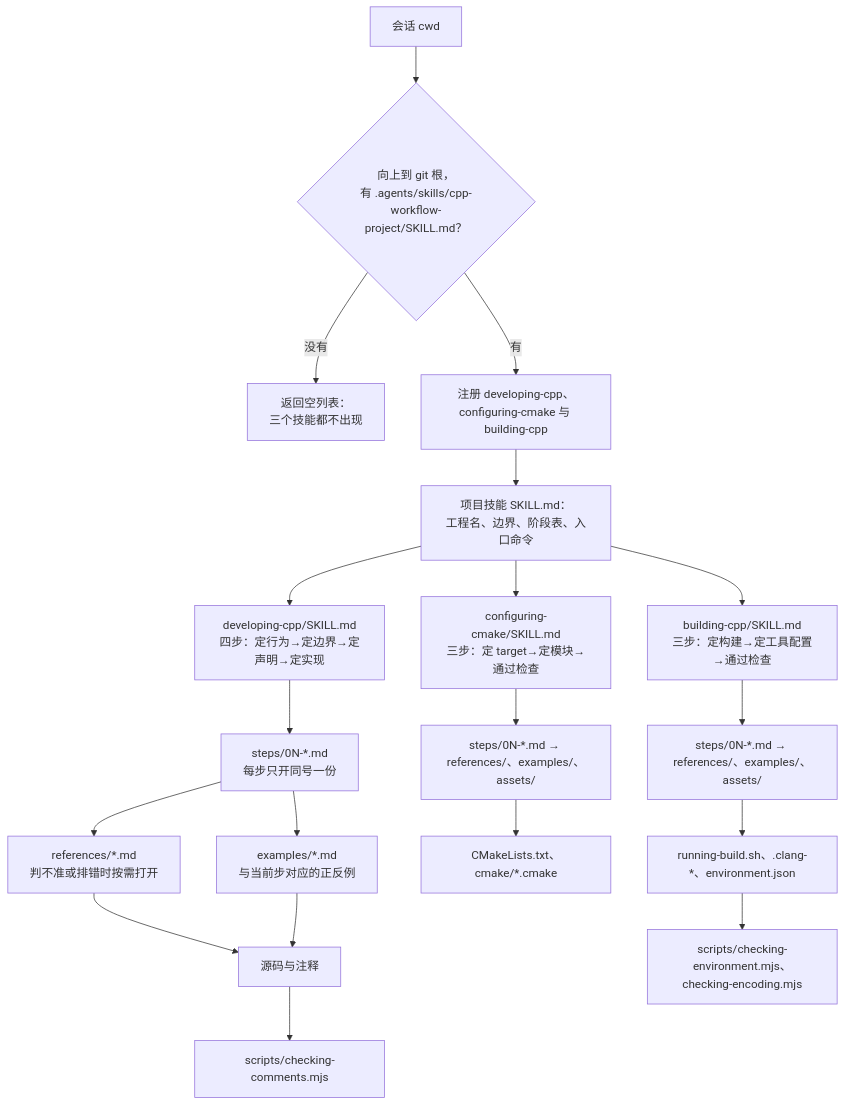
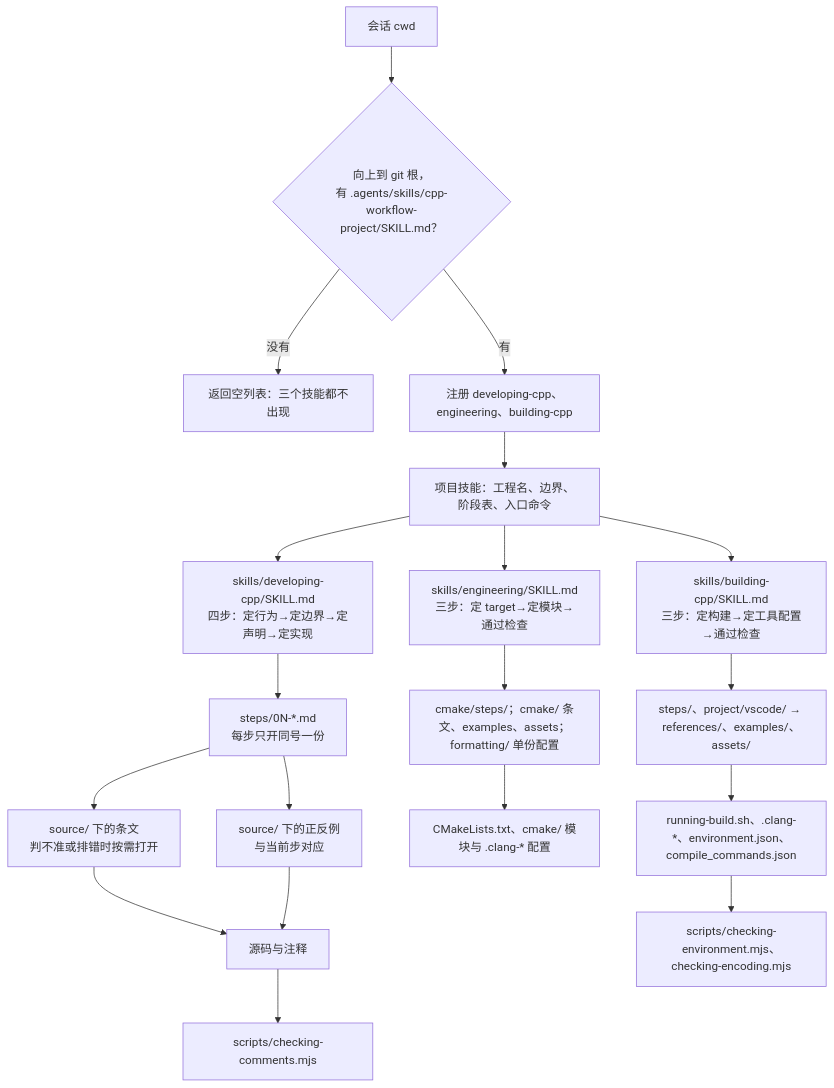
The diagram in docs/architecture.md (chengzhao-dev/dsh-cpp-workflow), drawn with Mermaid before and after one commit. The commit also changed other lines of this file and 194 other files, not shown here.

````diff
--- a/docs/architecture.md
+++ b/docs/architecture.md
@@ -7,21 +7,21 @@
 ```mermaid
 flowchart TD
     A["会话 cwd"] --> B{"向上到 git 根，<br/>有 .agents/skills/cpp-workflow-project/SKILL.md？"}
-    B -- 没有 --> C["返回空列表：<br/>三个技能都不出现"]
-    B -- 有 --> D["注册 developing-cpp、configuring-cmake 与 building-cpp"]
-    D --> E["项目技能 SKILL.md：<br/>工程名、边界、阶段表、入口命令"]
-    E --> F["developing-cpp/SKILL.md<br/>四步：定行为→定边界→定声明→定实现"]
+    B -- 没有 --> C["返回空列表：三个技能都不出现"]
+    B -- 有 --> D["注册 developing-cpp、engineering、building-cpp"]
+    D --> E["项目技能：工程名、边界、阶段表、入口命令"]
+    E --> F["skills/developing-cpp/SKILL.md<br/>四步：定行为→定边界→定声明→定实现"]
     F --> G["steps/0N-*.md<br/>每步只开同号一份"]
-    G --> H["references/*.md<br/>判不准或排错时按需打开"]
-    G --> I["examples/*.md<br/>与当前步对应的正反例"]
+    G --> H["source/ 下的条文<br/>判不准或排错时按需打开"]
+    G --> I["source/ 下的正反例<br/>与当前步对应"]
     H --> J["源码与注释"]
     I --> J
     J --> K["scripts/checking-comments.mjs"]
-    E --> P["configuring-cmake/SKILL.md<br/>三步：定 target→定模块→通过检查"]
-    P --> Q["steps/0N-*.md → references/、examples/、assets/"]
-    Q --> R["CMakeLists.txt、cmake/*.cmake"]
-    E --> L["building-cpp/SKILL.md<br/>三步：定构建→定工具配置→通过检查"]
-    L --> M["steps/0N-*.md → references/、examples/、assets/"]
-    M --> N["running-build.sh、.clang-*、environment.json"]
-    N --> O["scripts/checking-environment.mjs、checking-encoding.mjs"]
+    E --> L["skills/engineering/SKILL.md<br/>三步：定 target→定模块→通过检查"]
+    L --> M["cmake/steps/；cmake/ 条文、examples、assets；formatting/ 单份配置"]
+    M --> N["CMakeLists.txt、cmake/ 模块与 .clang-* 配置"]
+    E --> O["skills/building-cpp/SKILL.md<br/>三步：定构建→定工具配置→通过检查"]
+    O --> P["steps/、project/vscode/ → references/、examples/、assets/"]
+    P --> Q["running-build.sh、.clang-*、environment.json、compile_commands.json"]
+    Q --> R["scripts/checking-environment.mjs、checking-encoding.mjs"]
 ```
````
